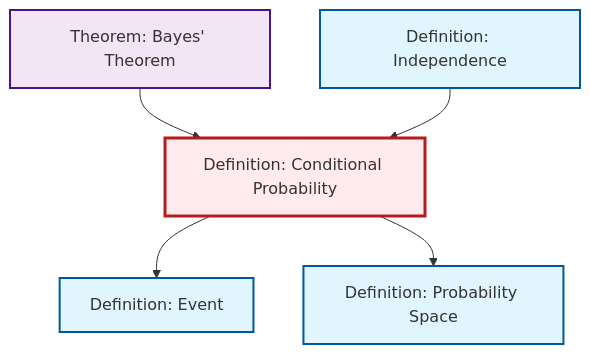
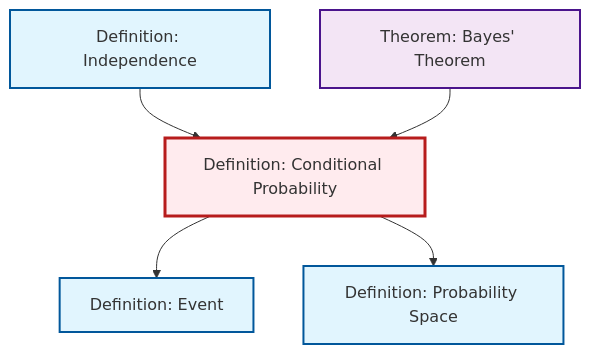
One commit to RK0429/ModernMath changed the diagram in content/ja/probability-statistics/def-conditional-probability.qmd. Above: the diagram before and after it, drawn with Mermaid. The commit also changed other lines of this file and 634 other files, not shown here.

````diff
--- a/content/ja/probability-statistics/def-conditional-probability.qmd
+++ b/content/ja/probability-statistics/def-conditional-probability.qmd
@@ -70,23 +70,23 @@
 ```{mermaid}
 %%| fig-cap: "Local dependency graph"
 graph TD
     classDef definition fill:#e1f5fe,stroke:#01579b,stroke-width:2px
     classDef theorem fill:#f3e5f5,stroke:#4a148c,stroke-width:2px
     classDef axiom fill:#fff3e0,stroke:#e65100,stroke-width:2px
     classDef example fill:#e8f5e9,stroke:#1b5e20,stroke-width:2px
     classDef current fill:#ffebee,stroke:#b71c1c,stroke-width:3px
+    def-independence["Definition: Independence"]:::definition
+    def-conditional-probability["Definition: Conditional Probability"]:::definition
     thm-bayes["Theorem: Bayes' Theorem"]:::theorem
+    def-probability-space["Definition: Probability Space"]:::definition
     def-event["Definition: Event"]:::definition
-    def-conditional-probability["Definition: Conditional Probability"]:::definition
-    def-probability-space["Definition: Probability Space"]:::definition
-    def-independence["Definition: Independence"]:::definition
+    def-independence --> def-conditional-probability
     def-conditional-probability --> def-event
     thm-bayes --> def-conditional-probability
     def-conditional-probability --> def-probability-space
-    def-independence --> def-conditional-probability
     class def-conditional-probability current
+    click def-independence "def-independence.html" "Definition: Independenceへ"
     click thm-bayes "thm-bayes.html" "Theorem: Bayes' Theoremへ"
+    click def-probability-space "def-probability-space.html" "Definition: Probability Spaceへ"
     click def-event "def-event.html" "Definition: Eventへ"
-    click def-probability-space "def-probability-space.html" "Definition: Probability Spaceへ"
-    click def-independence "def-independence.html" "Definition: Independenceへ"
 ```
````
